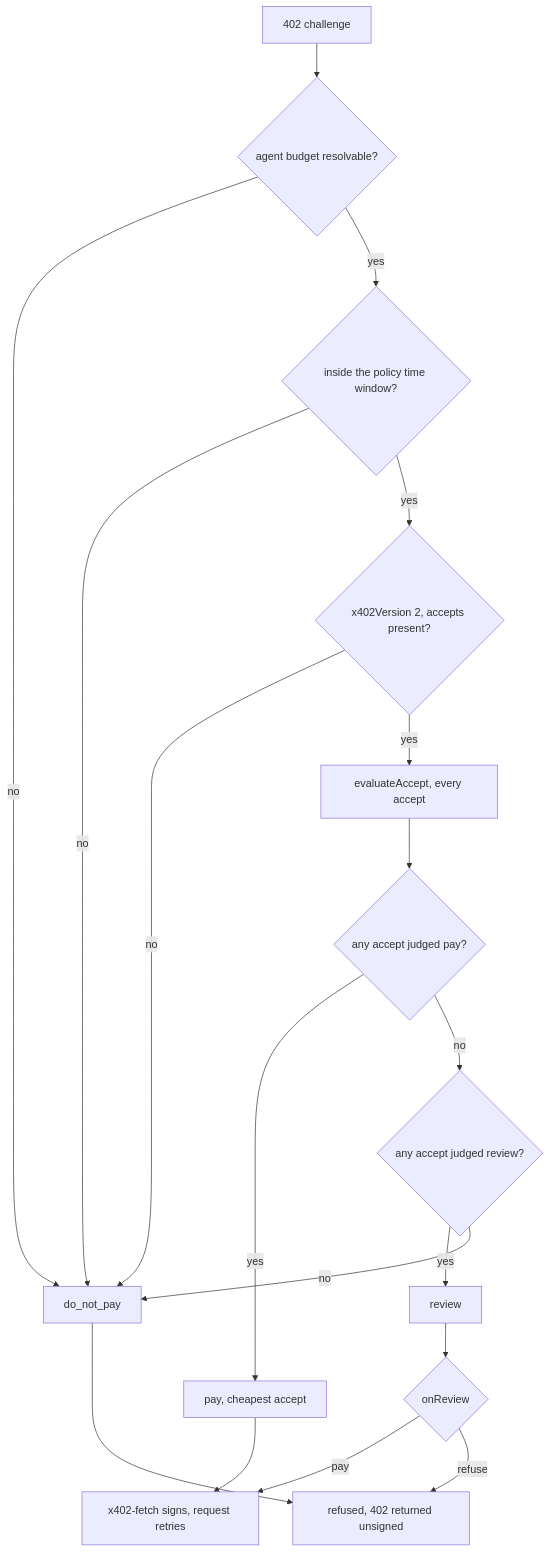
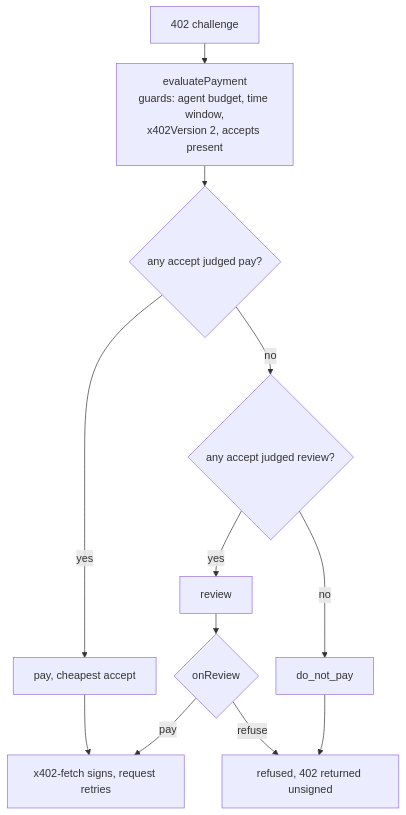
The second of 2 diagrams in README.md (base-buzz/paystage), drawn with Mermaid before and after one commit.

Commit message:
docs(readme): compact the flowchart to six ranks, because a 2300px diagram is not read at a glance
Measured on the first render: the decision chart came out 2332px tall, which is a diagram nobody
scans. The three sequential guards (agent budget, time window, version+accepts) are now one entry
node — they are the same question to a reader, 'does the policy even get to look at this' — and the
rank/node spacing is set explicitly. The prose below still names each rule and the file it lives in.

Sequence diagram renders at 675px and is unchanged.

````diff
--- a/README.md
+++ b/README.md
@@ -50,20 +50,16 @@
 ```mermaid
+%% tight ranks: this is read at a glance, not studied
+%%{init: {"flowchart": {"nodeSpacing": 26, "rankSpacing": 30}}}%%
 flowchart TD
-    C[402 challenge] --> A{agent budget resolvable?}
-    A -- no --> DN[do_not_pay]
-    A -- yes --> T{inside the policy time window?}
-    T -- no --> DN
-    T -- yes --> V{x402Version 2, accepts present?}
-    V -- no --> DN
-    V -- yes --> E[evaluateAccept, every accept]
+    C[402 challenge] --> E["evaluatePayment<br/>guards: agent budget, time window,<br/>x402Version 2, accepts present"]
     E --> P{any accept judged pay?}
     P -- yes --> PAY[pay, cheapest accept]
     P -- no --> R{any accept judged review?}
     R -- yes --> REV[review]
-    R -- no --> DN
+    R -- no --> DN[do_not_pay]
     REV --> O{onReview}
     O -- pay --> SIGN[x402-fetch signs, request retries]
-    O -- refuse --> STOP[refused, 402 returned unsigned]
+    O -- refuse --> X[refused, 402 returned unsigned]
     PAY --> SIGN
-    DN --> STOP
+    DN --> X
 ```
````
